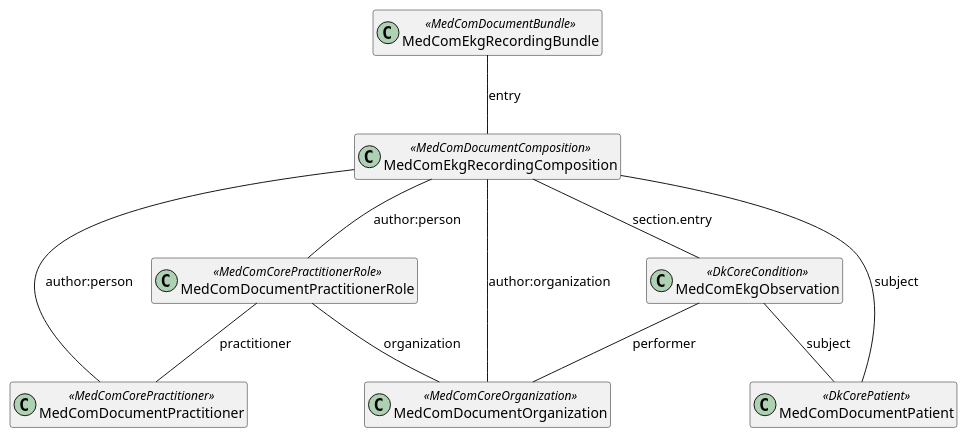
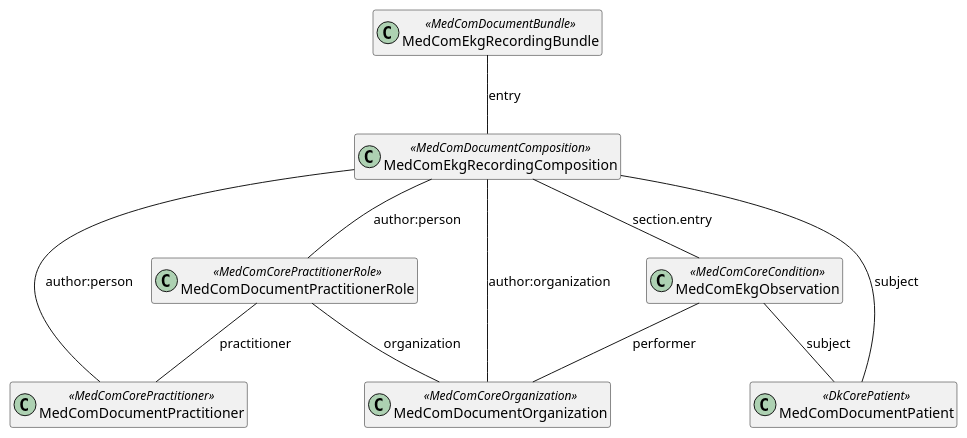
Before and after one commit to medcomdk/dk-medcom-ekg: the diagram in input/puml/MedComEkgRecording.puml, drawn with PlantUML. The commit also changed 2 other files, not shown here.

Commit message:
corrected UML and study spelling

```diff
--- a/input/puml/MedComEkgRecording.puml
+++ b/input/puml/MedComEkgRecording.puml
@@ -1,24 +1,24 @@
 @startuml DocumentModel
 
 hide empty members
 
 class "MedComEkgRecordingBundle" as document <<MedComDocumentBundle>>
 class "MedComEkgRecordingComposition" as composition <<MedComDocumentComposition>>
 class "MedComDocumentOrganization" as organization <<MedComCoreOrganization>>
 class "MedComDocumentPractitioner" as practitioner <<MedComCorePractitioner>>
 class "MedComDocumentPractitionerRole" as practitionerrole <<MedComCorePractitionerRole>>
 class "MedComDocumentPatient" as patient <<DkCorePatient>>
-class "MedComEkgObservation" as observation <<DkCoreCondition>>
+class "MedComEkgObservation" as observation <<MedComCoreCondition>>
    
 document -- composition : "entry"
 composition -- practitioner : "author:person"
 composition -- practitionerrole : "author:person"
 composition -- organization : "author:organization"
 composition -- patient : "subject"
 composition -- observation : "section.entry"
 observation -- patient : "subject"
 observation -- organization : "performer"
 practitionerrole -- practitioner: "practitioner"
 practitionerrole -- organization: "organization"
 
 @enduml
```
